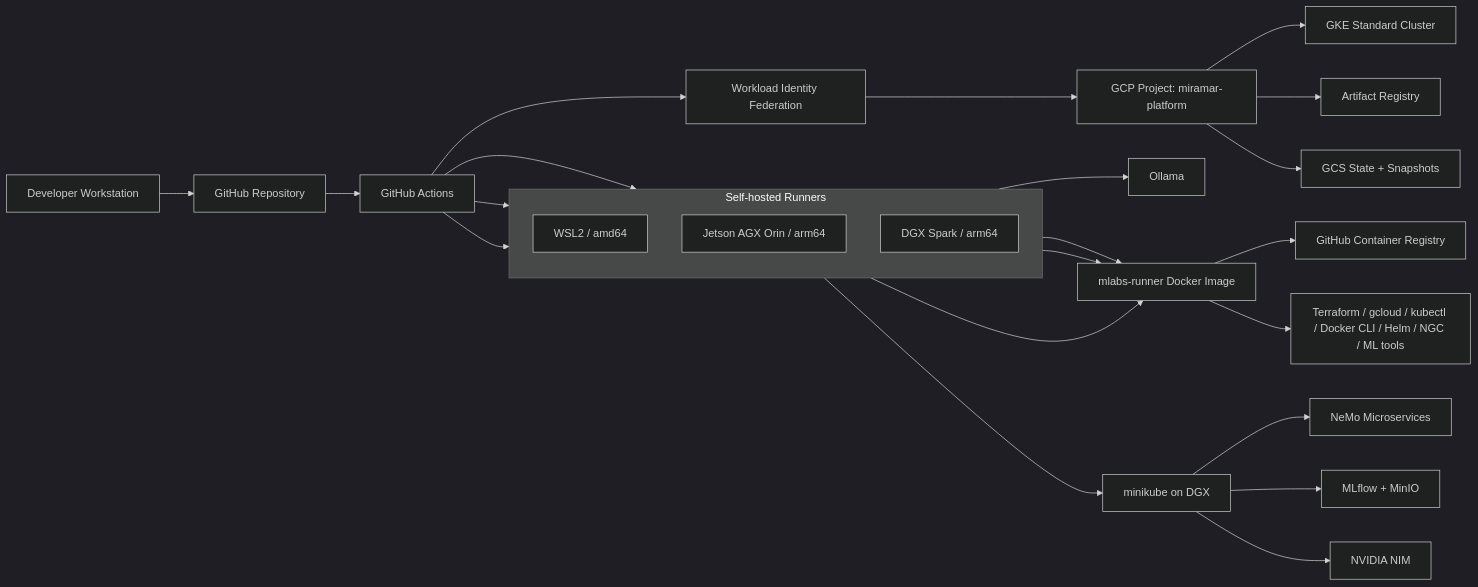
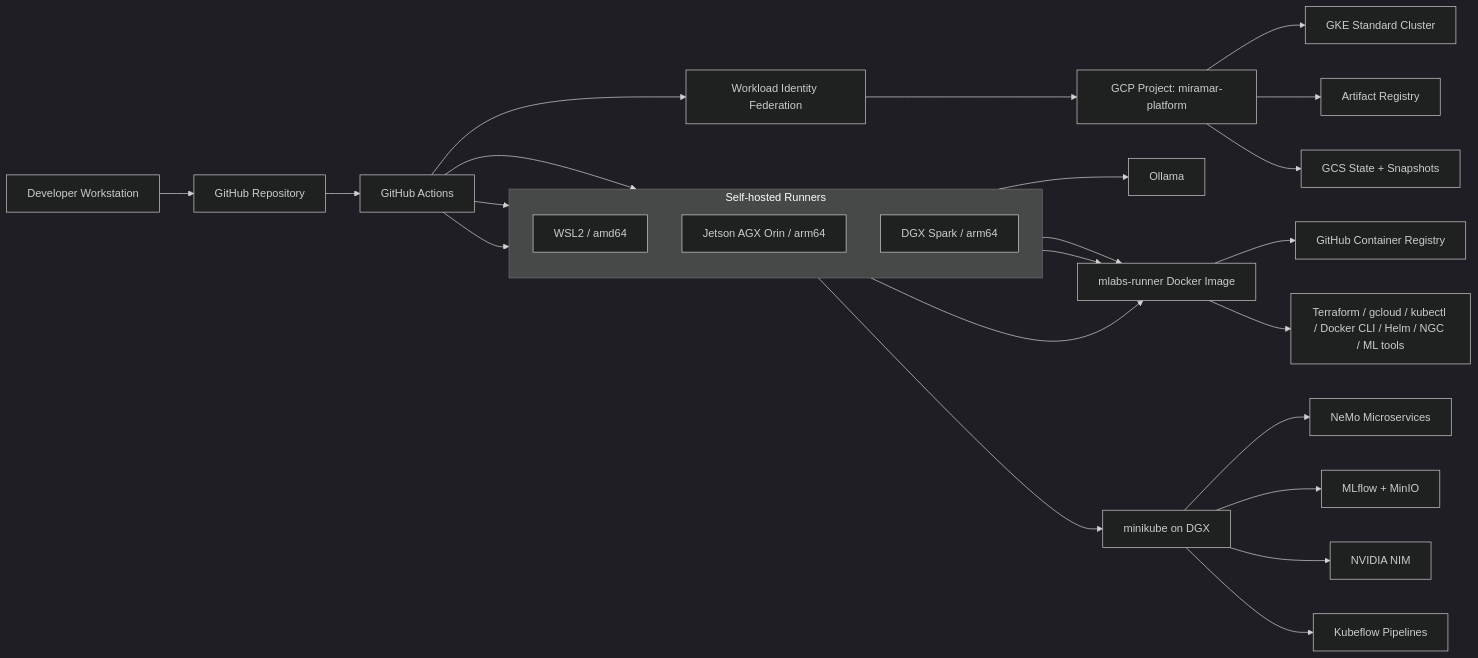
The diagram in README.md (miramar-labs-org/miramar-platform-gcp), drawn with Mermaid (dark theme) before and after one commit. The commit also changed other lines of this file and 9 other files, not shown here.

````diff
--- a/README.md
+++ b/README.md
@@ -11,37 +11,38 @@
 ```mermaid
 flowchart LR
     Dev[Developer Workstation] --> GH[GitHub Repository]
     GH --> GHA[GitHub Actions]
 
     subgraph runners[Self-hosted Runners]
         direction TB
         WSL2[WSL2 / amd64]
         AGX[Jetson AGX Orin / arm64]
         DGX[DGX Spark / arm64]
     end
 
     GHA --> WSL2
     GHA --> AGX
     GHA --> DGX
 
     WSL2 --> RunnerImage[mlabs-runner Docker Image]
     AGX --> RunnerImage
     DGX --> RunnerImage
 
     RunnerImage --> GHCR[GitHub Container Registry]
     RunnerImage --> Tools[Terraform / gcloud / kubectl / Docker CLI / Helm / NGC / ML tools]
 
     DGX --> Ollama[Ollama]
 
     GHA --> WIF[Workload Identity Federation]
     WIF --> GCP[GCP Project: miramar-platform]
 
     GCP --> GKE[GKE Standard Cluster]
     GCP --> GAR[Artifact Registry]
     GCP --> GCS[GCS State + Snapshots]
 
     DGX --> Mini[minikube on DGX]
     Mini --> Nemo[NeMo Microservices]
     Mini --> MLflow[MLflow + MinIO]
     Mini --> NIM[NVIDIA NIM]
+    Mini --> KFP[Kubeflow Pipelines]
 ```
````
